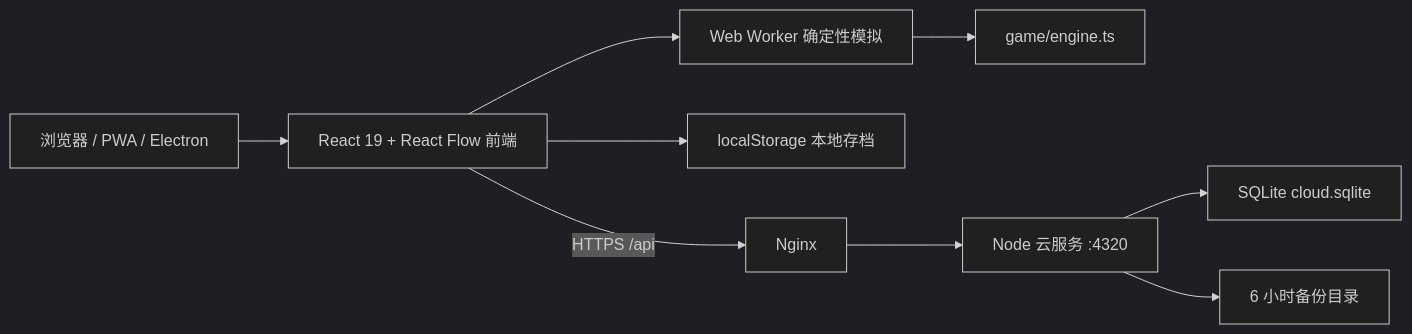
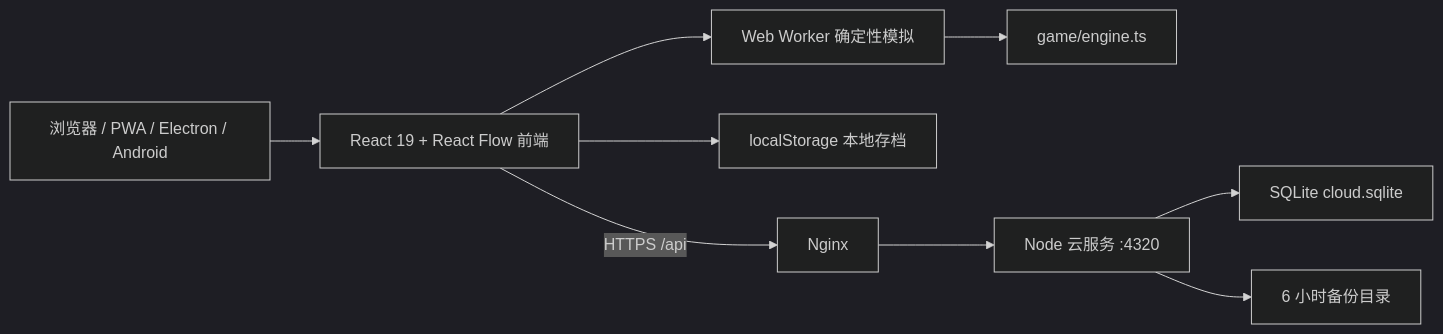
One commit to smanx/DSPONLINE changed the diagram in docs/ARCHITECTURE.md. Above: the diagram before and after it, drawn with Mermaid (dark theme). The commit also changed other lines of this file and 140 other files, not shown here.

````diff
--- a/docs/ARCHITECTURE.md
+++ b/docs/ARCHITECTURE.md
@@ -5,11 +5,11 @@
 ```mermaid
 flowchart LR
-  U["浏览器 / PWA / Electron"] --> F["React 19 + React Flow 前端"]
+  U["浏览器 / PWA / Electron / Android"] --> F["React 19 + React Flow 前端"]
   F --> W["Web Worker 确定性模拟"]
   W --> E["game/engine.ts"]
   F --> L["localStorage 本地存档"]
   F -->|"HTTPS /api"| N["Nginx"]
   N --> S["Node 云服务 :4320"]
   S --> D["SQLite cloud.sqlite"]
   S --> B["6 小时备份目录"]
 ```
````
